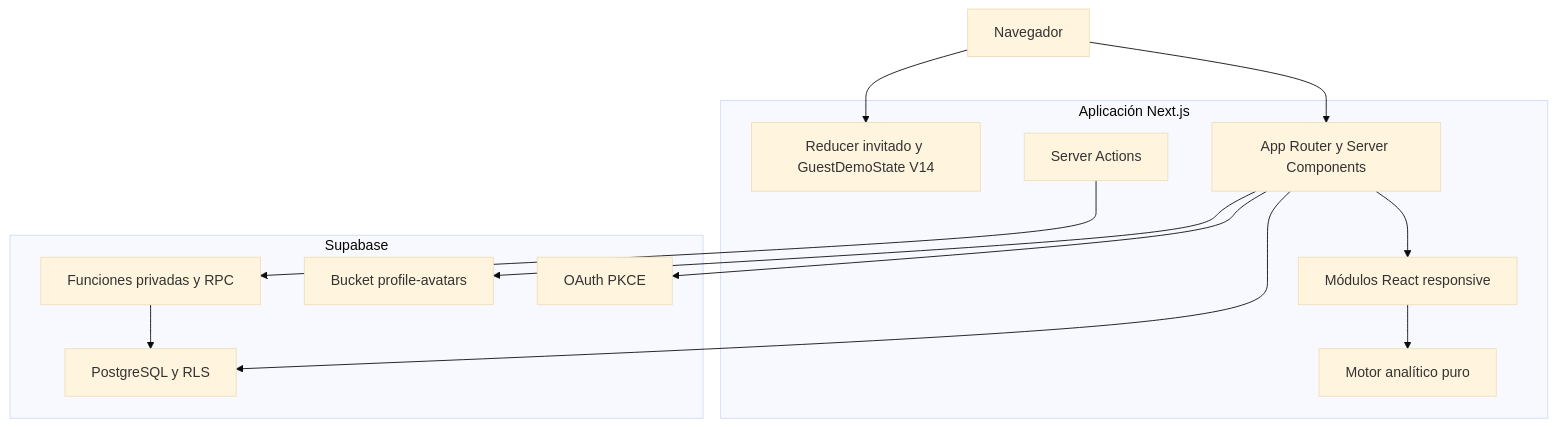
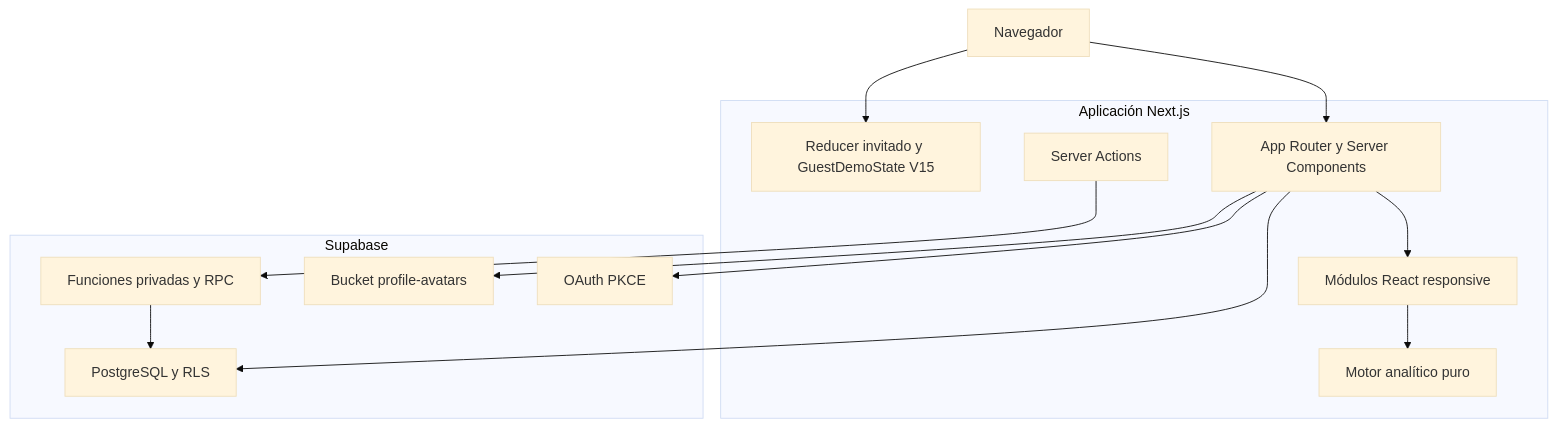
One commit to antoniojesusdelgado/management-platform-demo changed the second of 9 diagrams in docs/TECHNICAL-CASE-STUDY.md. Above: the diagram before and after it, drawn with Mermaid (base theme). The commit also changed other lines of this file and 43 other files, not shown here.

````diff
--- a/docs/TECHNICAL-CASE-STUDY.md
+++ b/docs/TECHNICAL-CASE-STUDY.md
@@ -68,26 +68,26 @@
 ```mermaid
 flowchart TB
   browser["Navegador"]
   subgraph next["Aplicación Next.js"]
     routes["App Router y Server Components"]
     actions["Server Actions"]
-    guest["Reducer invitado y GuestDemoState V14"]
+    guest["Reducer invitado y GuestDemoState V15"]
     analytics["Motor analítico puro"]
     ui["Módulos React responsive"]
   end
   subgraph supabase["Supabase"]
     auth["OAuth PKCE"]
     postgres["PostgreSQL y RLS"]
     rpc["Funciones privadas y RPC"]
     storage["Bucket profile-avatars"]
   end
   browser --> routes
   browser --> guest
   routes --> ui
   ui --> analytics
   routes --> postgres
   actions --> rpc
   rpc --> postgres
   routes --> auth
   routes --> storage
 ```
````
